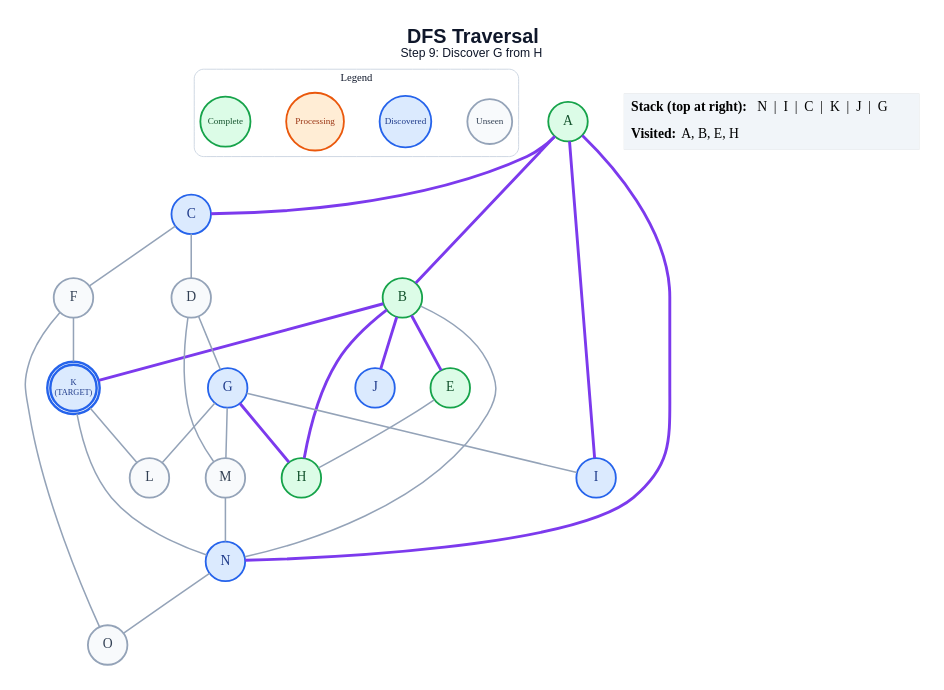
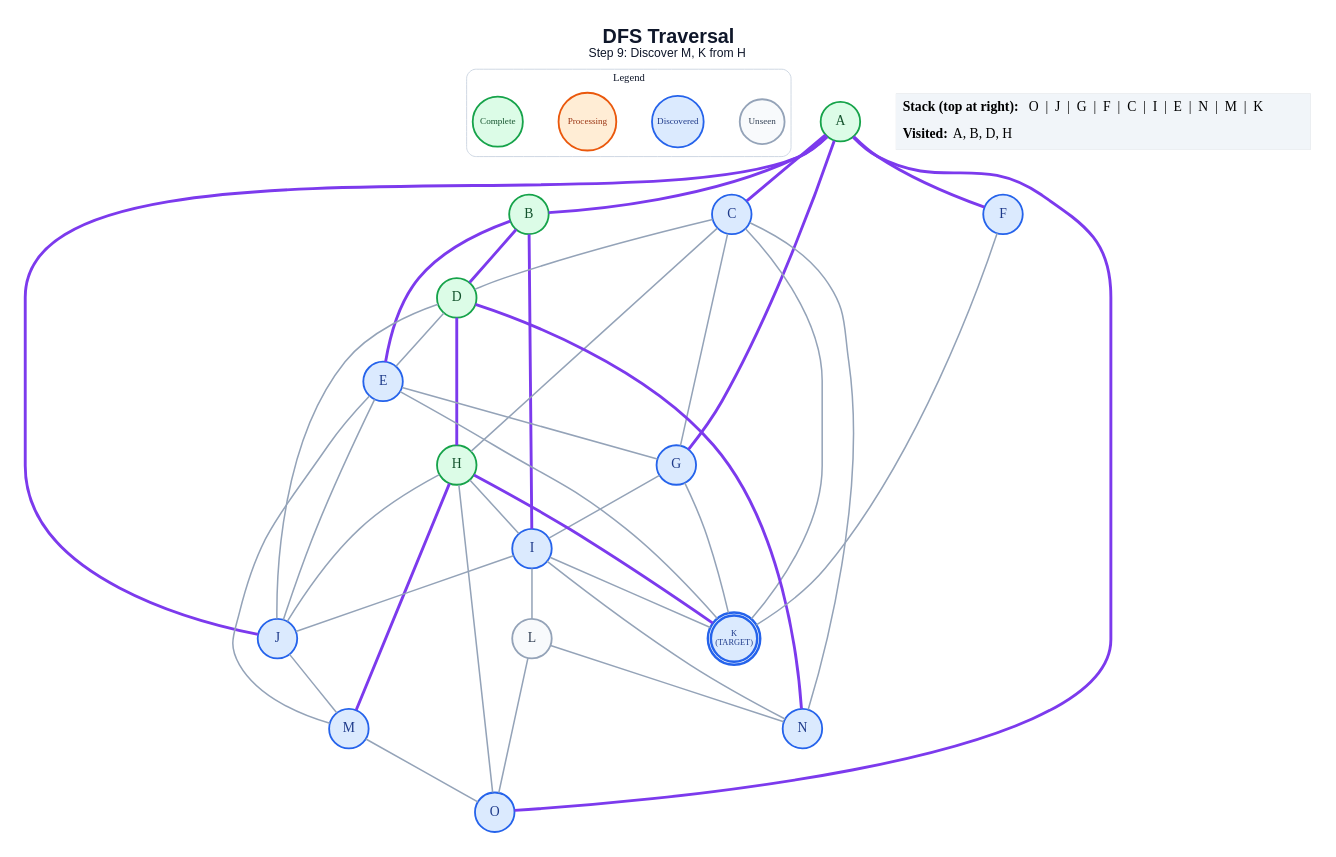
One commit to anon7238593-create/ai-slop changed the diagram in generated/dfs/step_09.dot. Above: the diagram before and after it, drawn with Graphviz. The commit also changed 241 other files, not shown here.

```diff
--- a/generated/dfs/step_09.dot
+++ b/generated/dfs/step_09.dot
@@ -1,58 +1,72 @@
 graph traversal {
   graph [layout=dot, rankdir=TB, bgcolor="#FFFFFF", pad="0.35", nodesep="0.65", ranksep="0.8", fontname="Arial"];
   node [shape=circle, style="filled", fontname="Arial Bold", fontsize=18, width=0.72, fixedsize=true, penwidth=2.4];
   edge [color="#94A3B8", penwidth=2.0];
-  label=<<B>DFS Traversal</B><BR/><FONT POINT-SIZE="16">Step 9: Discover G from H</FONT>>; labelloc="t"; fontsize=26; fontname="Arial"; fontcolor="#0F172A";
+  label=<<B>DFS Traversal</B><BR/><FONT POINT-SIZE="16">Step 9: Discover M, K from H</FONT>>; labelloc="t"; fontsize=26; fontname="Arial"; fontcolor="#0F172A";
   subgraph cluster_legend { label="Legend"; color="#CBD5E1"; penwidth=1.2; style="rounded"; fontsize=14; fontname="Arial Bold";
     key_unseen [label="Unseen", fillcolor="#F8FAFC", color="#94A3B8", fontcolor="#334155", fontsize=12, width=0.82];
     key_frontier [label="Discovered", fillcolor="#DBEAFE", color="#2563EB", fontcolor="#1E3A8A", fontsize=12, width=0.95];
     key_current [label="Processing", fillcolor="#FFEDD5", color="#EA580C", fontcolor="#9A3412", fontsize=12, width=1.05];
     key_done [label="Complete", fillcolor="#DCFCE7", color="#16A34A", fontcolor="#14532D", fontsize=12, width=0.92];
     { rank=same; key_unseen; key_frontier; key_current; key_done; }
   }
   A [label="A", fillcolor="#DCFCE7", color="#16A34A", fontcolor="#14532D", peripheries=1, penwidth=2.4];
   B [label="B", fillcolor="#DCFCE7", color="#16A34A", fontcolor="#14532D", peripheries=1, penwidth=2.4];
   C [label="C", fillcolor="#DBEAFE", color="#2563EB", fontcolor="#1E3A8A", peripheries=1, penwidth=2.4];
-  D [label="D", fillcolor="#F8FAFC", color="#94A3B8", fontcolor="#334155", peripheries=1, penwidth=2.4];
-  E [label="E", fillcolor="#DCFCE7", color="#16A34A", fontcolor="#14532D", peripheries=1, penwidth=2.4];
-  F [label="F", fillcolor="#F8FAFC", color="#94A3B8", fontcolor="#334155", peripheries=1, penwidth=2.4];
+  D [label="D", fillcolor="#DCFCE7", color="#16A34A", fontcolor="#14532D", peripheries=1, penwidth=2.4];
+  E [label="E", fillcolor="#DBEAFE", color="#2563EB", fontcolor="#1E3A8A", peripheries=1, penwidth=2.4];
+  F [label="F", fillcolor="#DBEAFE", color="#2563EB", fontcolor="#1E3A8A", peripheries=1, penwidth=2.4];
   G [label="G", fillcolor="#DBEAFE", color="#2563EB", fontcolor="#1E3A8A", peripheries=1, penwidth=2.4];
   H [label="H", fillcolor="#DCFCE7", color="#16A34A", fontcolor="#14532D", peripheries=1, penwidth=2.4];
   I [label="I", fillcolor="#DBEAFE", color="#2563EB", fontcolor="#1E3A8A", peripheries=1, penwidth=2.4];
   J [label="J", fillcolor="#DBEAFE", color="#2563EB", fontcolor="#1E3A8A", peripheries=1, penwidth=2.4];
   K [label="K\n(TARGET)", fillcolor="#DBEAFE", color="#2563EB", fontcolor="#1E3A8A", peripheries=2, penwidth=3.2, fontsize=11, width=0.85, height=0.85];
   L [label="L", fillcolor="#F8FAFC", color="#94A3B8", fontcolor="#334155", peripheries=1, penwidth=2.4];
-  M [label="M", fillcolor="#F8FAFC", color="#94A3B8", fontcolor="#334155", peripheries=1, penwidth=2.4];
+  M [label="M", fillcolor="#DBEAFE", color="#2563EB", fontcolor="#1E3A8A", peripheries=1, penwidth=2.4];
   N [label="N", fillcolor="#DBEAFE", color="#2563EB", fontcolor="#1E3A8A", peripheries=1, penwidth=2.4];
-  O [label="O", fillcolor="#F8FAFC", color="#94A3B8", fontcolor="#334155", peripheries=1, penwidth=2.4];
+  O [label="O", fillcolor="#DBEAFE", color="#2563EB", fontcolor="#1E3A8A", peripheries=1, penwidth=2.4];
   A -- B [color="#7C3AED", penwidth=3.8];
   A -- C [color="#7C3AED", penwidth=3.8];
-  A -- I [color="#7C3AED", penwidth=3.8];
-  A -- N [color="#7C3AED", penwidth=3.8];
+  A -- F [color="#7C3AED", penwidth=3.8];
+  A -- G [color="#7C3AED", penwidth=3.8];
+  A -- J [color="#7C3AED", penwidth=3.8];
+  A -- O [color="#7C3AED", penwidth=3.8];
+  B -- D [color="#7C3AED", penwidth=3.8];
   B -- E [color="#7C3AED", penwidth=3.8];
-  B -- H [color="#7C3AED", penwidth=3.8];
-  B -- J [color="#7C3AED", penwidth=3.8];
-  B -- K [color="#7C3AED", penwidth=3.8];
-  B -- N;
+  B -- I [color="#7C3AED", penwidth=3.8];
   C -- D;
-  C -- F;
-  D -- G;
-  D -- M;
-  E -- H;
+  C -- G;
+  C -- H;
+  C -- K;
+  C -- N;
+  D -- E;
+  D -- H [color="#7C3AED", penwidth=3.8];
+  D -- J;
+  D -- N [color="#7C3AED", penwidth=3.8];
+  E -- G;
+  E -- J;
+  E -- K;
+  E -- M;
   F -- K;
-  F -- O;
-  G -- H [color="#7C3AED", penwidth=3.8];
   G -- I;
-  G -- L;
-  G -- M;
-  K -- L;
-  K -- N;
-  M -- N;
-  N -- O;
+  G -- K;
+  H -- I;
+  H -- J;
+  H -- K [color="#7C3AED", penwidth=3.8];
+  H -- M [color="#7C3AED", penwidth=3.8];
+  H -- O;
+  I -- J;
+  I -- K;
+  I -- L;
+  I -- N;
+  J -- M;
+  L -- N;
+  L -- O;
+  M -- O;
   status [shape=plain, fixedsize=false, width=0, height=0, margin=0, label=<
     <TABLE BORDER="0" CELLBORDER="0" CELLPADDING="7" BGCOLOR="#F1F5F9">
-      <TR><TD ALIGN="LEFT"><B>Stack (top at right):</B> N  |  I  |  C  |  K  |  J  |  G</TD></TR>
-      <TR><TD ALIGN="LEFT"><B>Visited:</B> A, B, E, H</TD></TR>
+      <TR><TD ALIGN="LEFT"><B>Stack (top at right):</B> O  |  J  |  G  |  F  |  C  |  I  |  E  |  N  |  M  |  K</TD></TR>
+      <TR><TD ALIGN="LEFT"><B>Visited:</B> A, B, D, H</TD></TR>
     </TABLE>
   >];
 }
```
